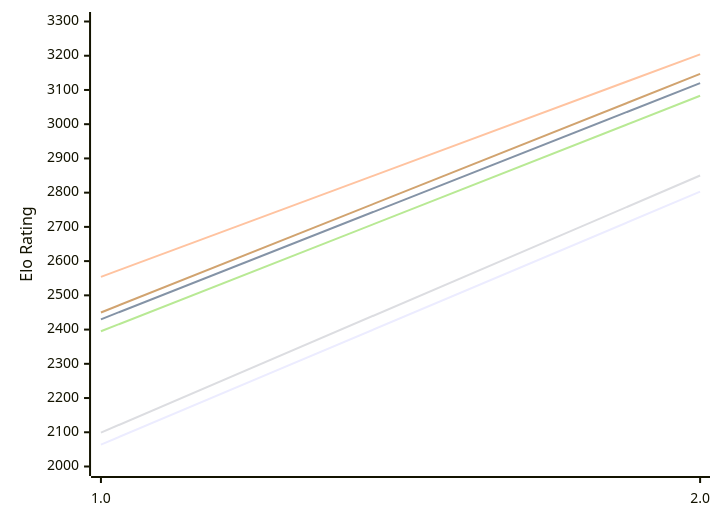
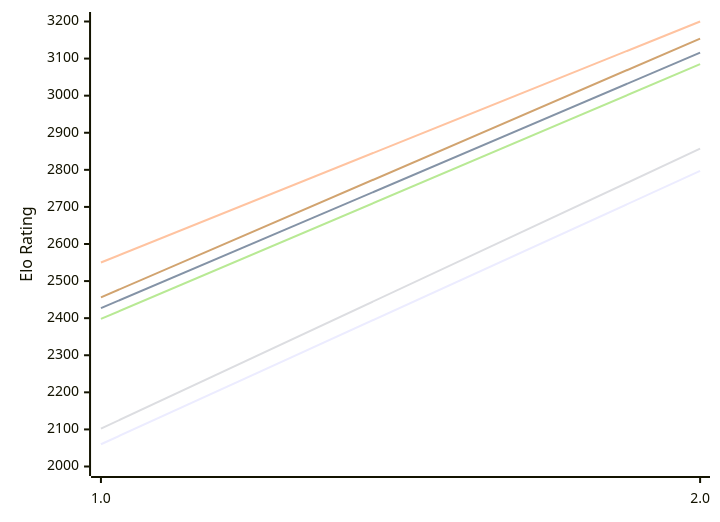
One commit to computer-chess-index/cci changed the diagram in engines/Scarlet.md. Above: the diagram before and after it, drawn with Mermaid. The commit also changed other lines of this file, not shown here.

Commit message:
Update CCI Ratings (ELO VLTC) - 2026-11-21

````diff
--- a/engines/Scarlet.md
+++ b/engines/Scarlet.md
@@ -49,12 +49,12 @@
 ```mermaid
 %%{init: {"theme":"base","themeVariables":{"seriesColors:['#a3a3a3','#222221','#faa371']}}}%%
 xychart-beta
   x-axis ["1.0", "2.0"]
-  y-axis "Elo Rating" 2000 --> 3300
-  line "E1: STC (8.0+0.08s)" [2064, 2803]
-  line "E1: LTC (60.0+0.60s)" [2430, 3120]
-  line "E1: VLTC (2m24s+1.12s)" [2554, 3204]
-  line "P1: STC (8.0+0.08s)" [2099, 2850]
-  line "P1: LTC (60.0+0.60s)" [2395, 3083]
-  line "P1: VLTC (2m24s+1.12s)" [2450, 3147]
+  y-axis "Elo Rating" 2000 --> 3200
+  line "E1: STC (8.0+0.08s)" [2060, 2797]
+  line "E1: LTC (60.0+0.60s)" [2427, 3116]
+  line "E1: VLTC (2m24s+1.12s)" [2550, 3200]
+  line "P1: STC (8.0+0.08s)" [2102, 2857]
+  line "P1: LTC (60.0+0.60s)" [2398, 3085]
+  line "P1: VLTC (2m24s+1.12s)" [2456, 3154]
 ```
````
